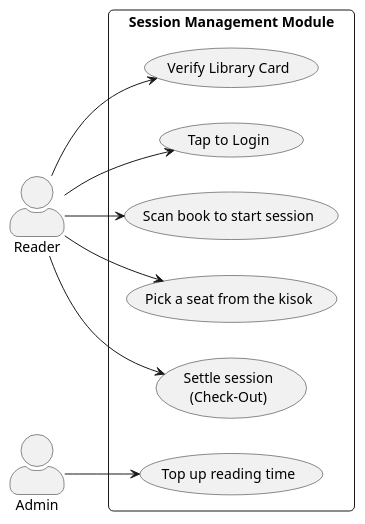
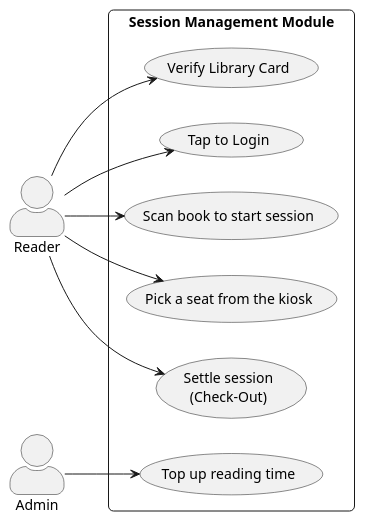
One commit to APC-SoCIT-TechKalang/SORA-Smart-Organized-Reading-Adventure changed the diagram in docs/MSYADD1/Multi Module Use Case Diagram/TechKalang_UCD_ManageSessions.puml. Above: the diagram before and after it, drawn with PlantUML.

Commit message:
Fix typo in use case description for seat picking

```diff
--- a/docs/MSYADD1/Multi Module Use Case Diagram/TechKalang_UCD_ManageSessions.puml
+++ b/docs/MSYADD1/Multi Module Use Case Diagram/TechKalang_UCD_ManageSessions.puml
@@ -1,30 +1,30 @@
 @startuml
 left to right direction
 skinparam packageStyle rectangle
 skinparam roundcorner 10
 skinparam actorStyle awesome
 
 ' Define Actors
 actor "Reader" as reader
 actor "Admin" as admin
 
 ' Define Module & Use Cases
 rectangle "Session Management Module" {
     usecase "Verify Library Card" as UC_ScanCard
     usecase "Tap to Login" as UC_TapLogin
     usecase "Scan book to start session" as UC_ScanBook
-    usecase "Pick a seat from the kisok" as UC_PickSeat
+    usecase "Pick a seat from the kiosk" as UC_PickSeat
     usecase "Settle session\n(Check-Out)" as UC_SettleSession
     usecase "Top up reading time" as UC_TopUp
 }
 
 ' Connections
 reader --> UC_ScanCard
 reader --> UC_TapLogin
 reader --> UC_ScanBook
 reader --> UC_PickSeat
 reader --> UC_SettleSession
 
 admin --> UC_TopUp
 
 @enduml
```
